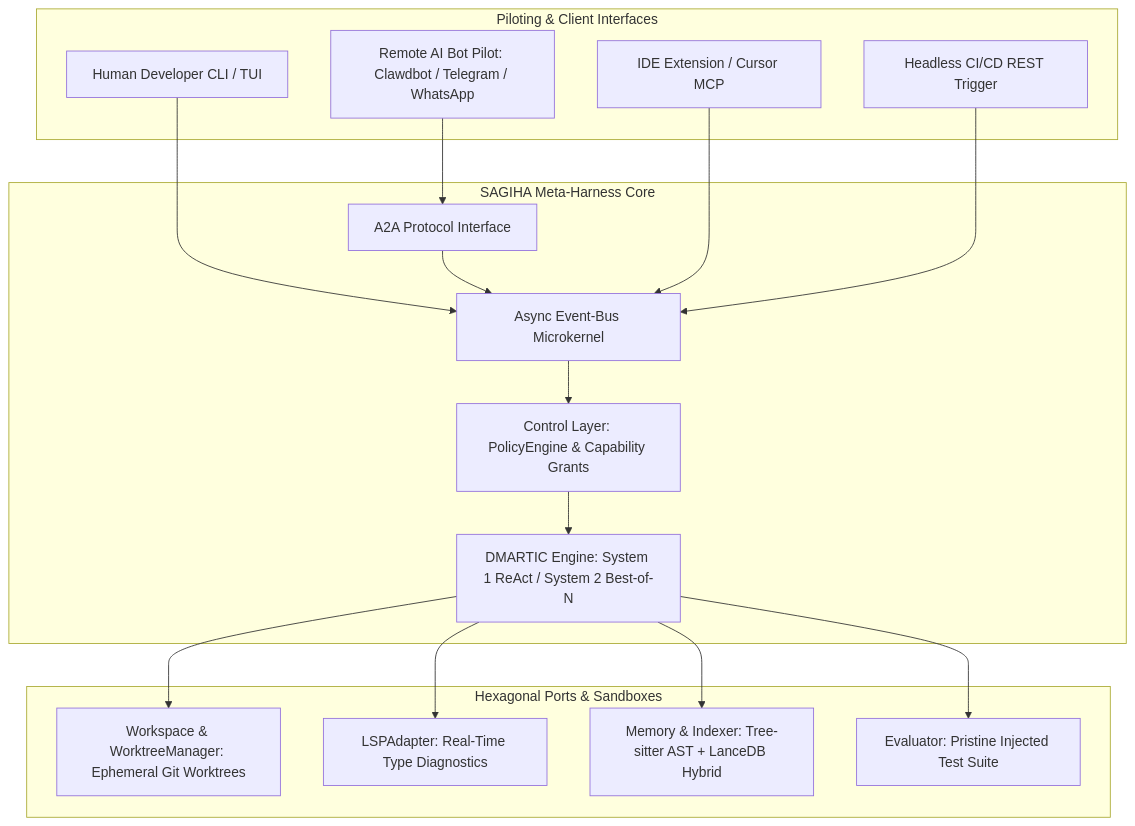
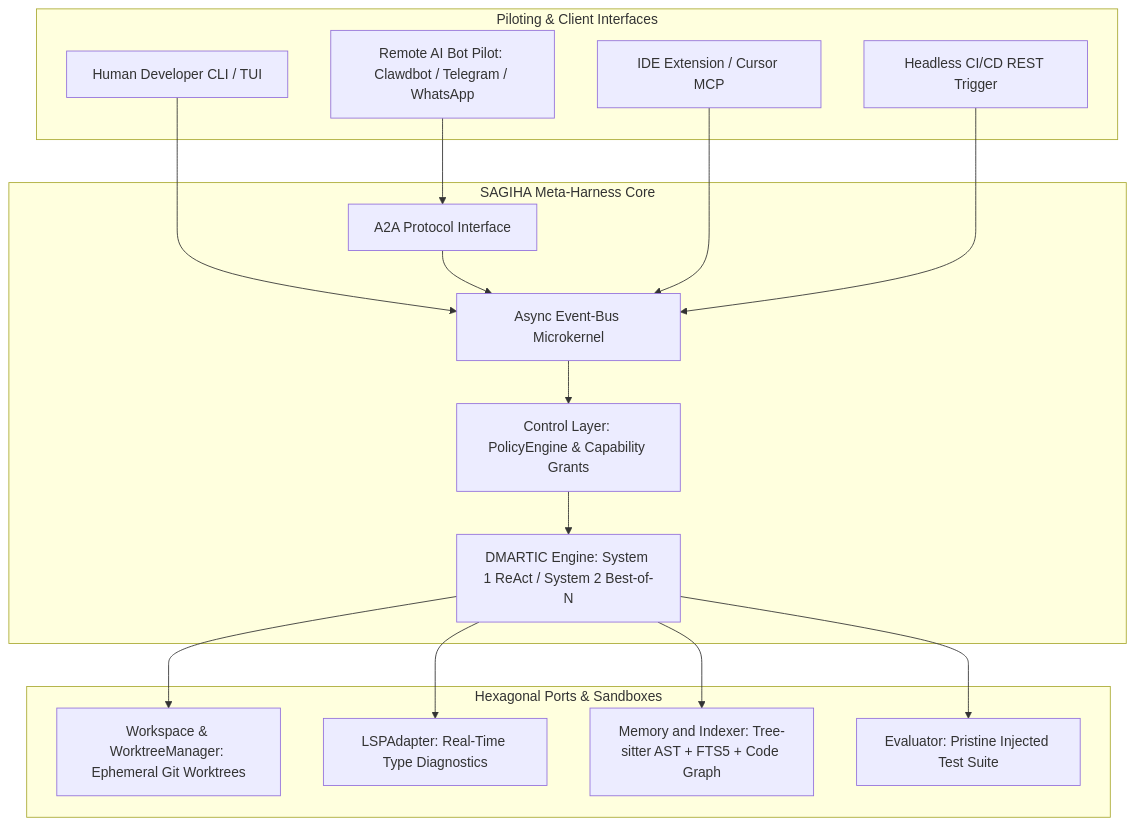
The diagram in docs/README.md (brainopensource/Harness-D-power), drawn with Mermaid before and after one commit. The commit also changed other lines of this file and 76 other files, not shown here.

````diff
--- a/docs/README.md
+++ b/docs/README.md
@@ -16,34 +23,34 @@
 ```mermaid
 graph TD
     subgraph PilotingLayer ["Piloting & Client Interfaces"]
         CLI["Human Developer CLI / TUI"]
         Bot["Remote AI Bot Pilot: Clawdbot / Telegram / WhatsApp"]
         IDE["IDE Extension / Cursor MCP"]
         CI["Headless CI/CD REST Trigger"]
     end
 
     subgraph CoreEngine ["SAGIHA Meta-Harness Core"]
         A2A["A2A Protocol Interface"]
         Microkernel["Async Event-Bus Microkernel"]
         DMARTIC["DMARTIC Engine: System 1 ReAct / System 2 Best-of-N"]
         Policy["Control Layer: PolicyEngine & Capability Grants"]
     end
 
     subgraph InfrastructurePorts ["Hexagonal Ports & Sandboxes"]
         Workspace["Workspace & WorktreeManager: Ephemeral Git Worktrees"]
         LSP["LSPAdapter: Real-Time Type Diagnostics"]
-        Memory["Memory & Indexer: Tree-sitter AST + LanceDB Hybrid"]
+        Memory["Memory and Indexer: Tree-sitter AST + FTS5 + Code Graph"]
         Evaluator["Evaluator: Pristine Injected Test Suite"]
     end
 
     CLI --> Microkernel
     Bot --> A2A --> Microkernel
     IDE --> Microkernel
     CI --> Microkernel
 
     Microkernel --> Policy --> DMARTIC
     DMARTIC --> Workspace
     DMARTIC --> LSP
     DMARTIC --> Memory
     DMARTIC --> Evaluator
 ```
````
